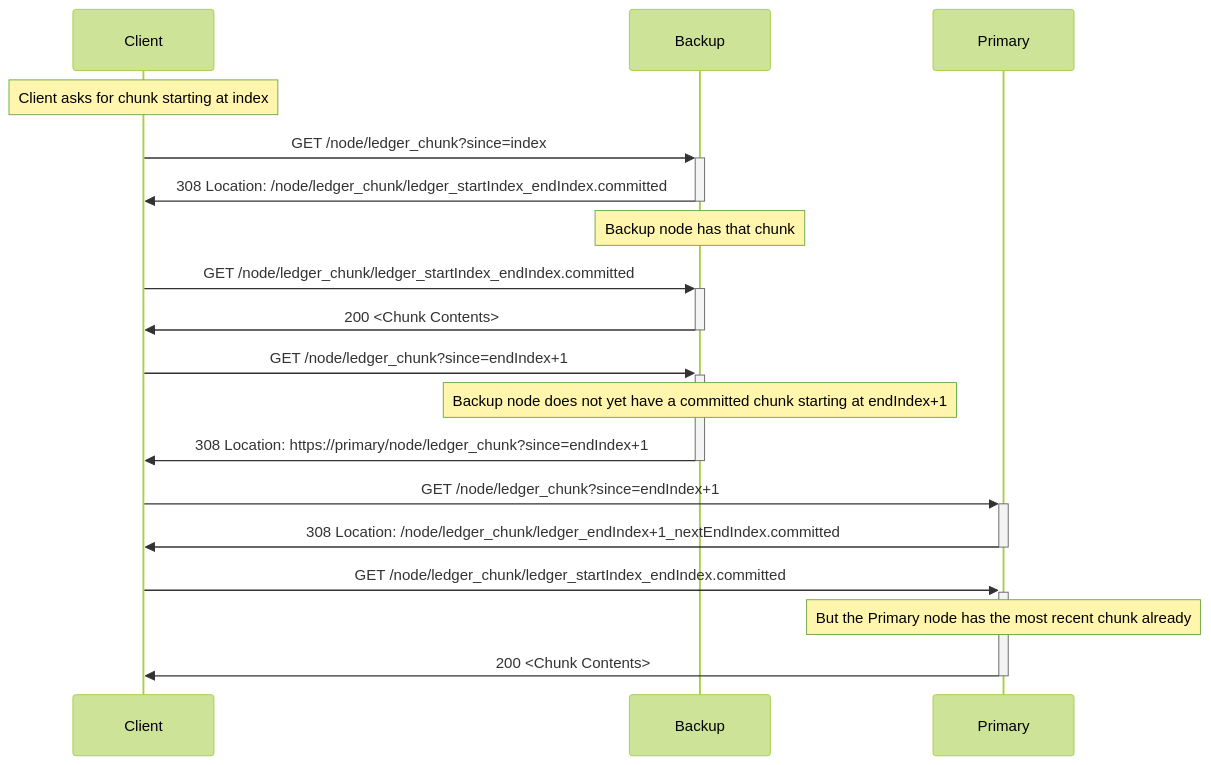
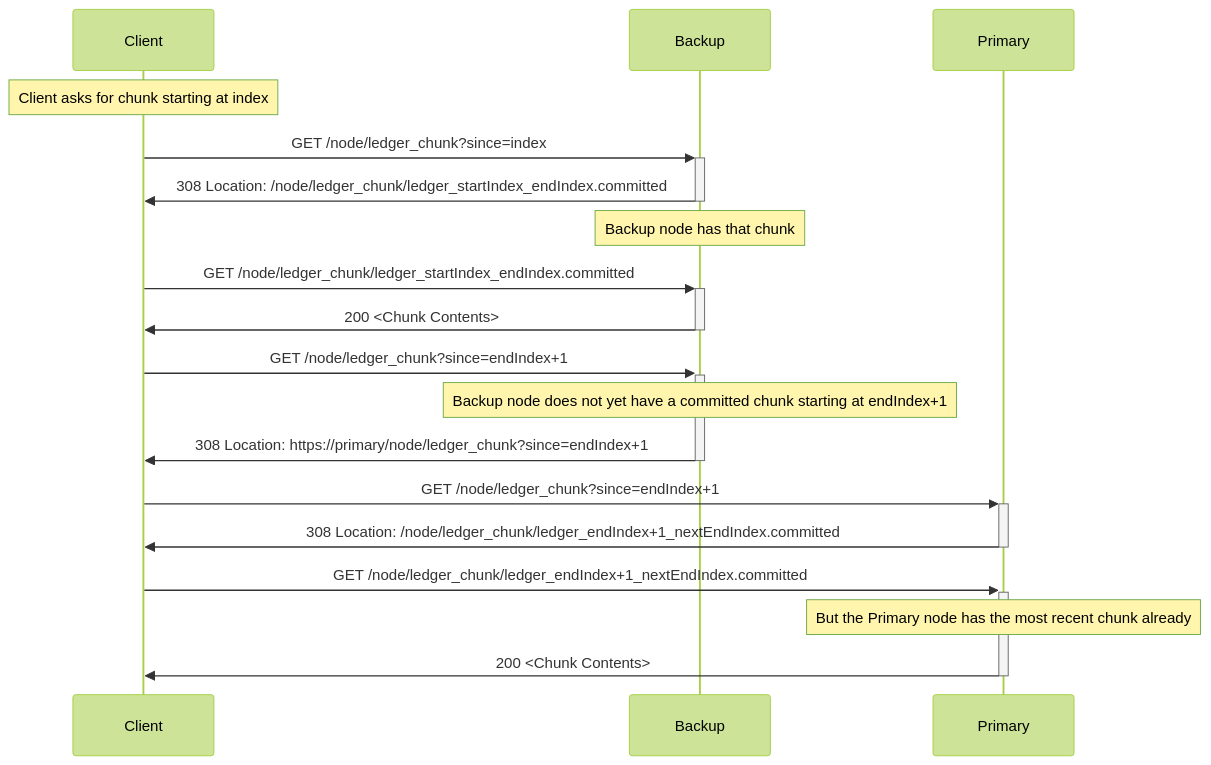
The first of 5 diagrams in doc/operations/ledger_snapshot.rst (cjen1-msft/CCF), drawn with Mermaid (forest theme) before and after one commit. The commit also changed other lines of this file and 80 other files, not shown here.

```diff
--- a/doc/operations/ledger_snapshot.rst
+++ b/doc/operations/ledger_snapshot.rst
@@ -62,17 +62,17 @@
 .. mermaid::
 
     sequenceDiagram
         Note over Client: Client asks for chunk starting at index
         Client->>+Backup: GET /node/ledger_chunk?since=index
         Backup->>-Client: 308 Location: /node/ledger_chunk/ledger_startIndex_endIndex.committed
         Note over Backup: Backup node has that chunk
         Client->>+Backup: GET /node/ledger_chunk/ledger_startIndex_endIndex.committed
         Backup->>-Client: 200 <Chunk Contents>
         Client->>+Backup: GET /node/ledger_chunk?since=endIndex+1
         Note over Backup: Backup node does not yet have a committed chunk starting at endIndex+1
         Backup->>-Client: 308 Location: https://primary/node/ledger_chunk?since=endIndex+1
         Client->>+Primary: GET /node/ledger_chunk?since=endIndex+1
         Primary->>-Client: 308 Location: /node/ledger_chunk/ledger_endIndex+1_nextEndIndex.committed
-        Client->>+Primary: GET /node/ledger_chunk/ledger_startIndex_endIndex.committed
+        Client->>+Primary: GET /node/ledger_chunk/ledger_endIndex+1_nextEndIndex.committed
         Note over Primary: But the Primary node has the most recent chunk already
         Primary->>-Client: 200 <Chunk Contents>
```
